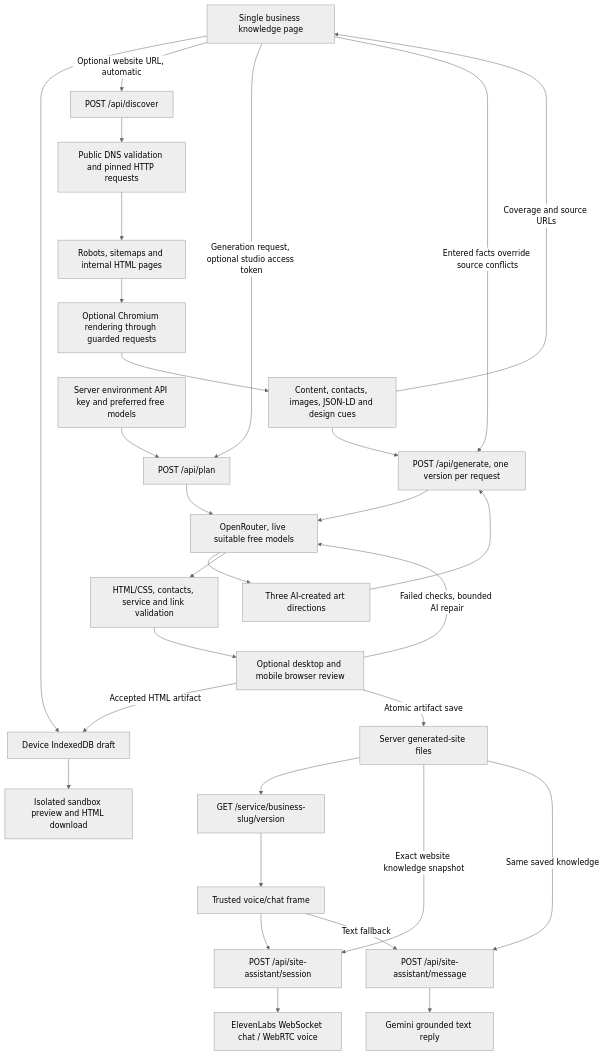
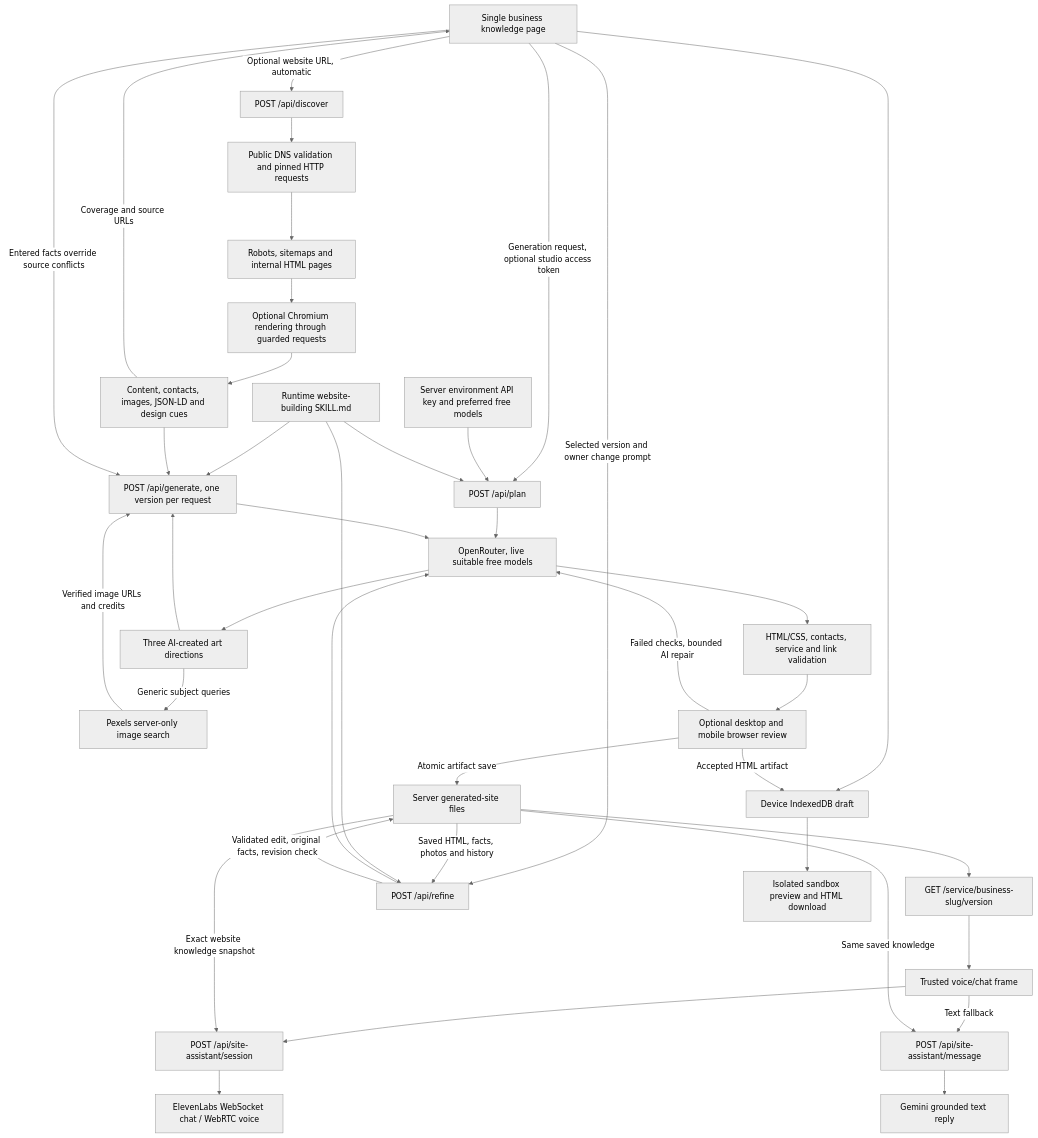
Before and after one commit to tinitiateprime/everonnai: the diagram in PROJECT_DATA_FLOW.md, drawn with Mermaid (neutral theme). The commit also changed other lines of this file and 29 other files, not shown here.

Commit message:
Add Pexels photography and skill-guided website refinement

````diff
--- a/PROJECT_DATA_FLOW.md
+++ b/PROJECT_DATA_FLOW.md
@@ -3,32 +3,41 @@
 ```mermaid
 flowchart TD
   User[Single business knowledge page] --> Draft[Device IndexedDB draft]
   User -->|Optional website URL, automatic| Discover[POST /api/discover]
   Discover --> Network[Public DNS validation and pinned HTTP requests]
   Network --> Source[Robots, sitemaps and internal HTML pages]
   Source --> Browser[Optional Chromium rendering through guarded requests]
   Browser --> Evidence[Content, contacts, images, JSON-LD and design cues]
   Evidence -->|Coverage and source URLs| User
   User -->|Generation request, optional studio access token| Plan[POST /api/plan]
   ServerEnv[Server environment API key and preferred free models] --> Plan
   Plan --> Router[OpenRouter, live suitable free models]
   Router --> Directions[Three AI-created art directions]
+  Skill[Runtime website-building SKILL.md] --> Plan
+  Skill --> Generate
+  Directions -->|Generic subject queries| Pexels[Pexels server-only image search]
+  Pexels -->|Verified image URLs and credits| Generate
   Directions --> Generate[POST /api/generate, one version per request]
   Evidence --> Generate
   User -->|Entered facts override source conflicts| Generate
   Generate --> Router
   Router --> Validate[HTML/CSS, contacts, service and link validation]
   Validate --> Inspect[Optional desktop and mobile browser review]
   Inspect -->|Failed checks, bounded AI repair| Router
   Inspect -->|Accepted HTML artifact| Draft
   Inspect -->|Atomic artifact save| SiteStore[Server generated-site files]
   SiteStore --> SiteURL[GET /service/business-slug/version]
+  User -->|Selected version and owner change prompt| Refine[POST /api/refine]
+  SiteStore -->|Saved HTML, facts, photos and history| Refine
+  Skill --> Refine
+  Refine --> Router
+  Refine -->|Validated edit, original facts, revision check| SiteStore
   SiteURL --> Widget[Trusted voice/chat frame]
   Widget --> Session[POST /api/site-assistant/session]
   SiteStore -->|Exact website knowledge snapshot| Session
   Session --> ElevenLabs[ElevenLabs WebSocket chat / WebRTC voice]
   Widget -->|Text fallback| Reply[POST /api/site-assistant/message]
   SiteStore -->|Same saved knowledge| Reply
   Reply --> Gemini[Gemini grounded text reply]
   Draft --> Preview[Isolated sandbox preview and HTML download]
 ```
````
